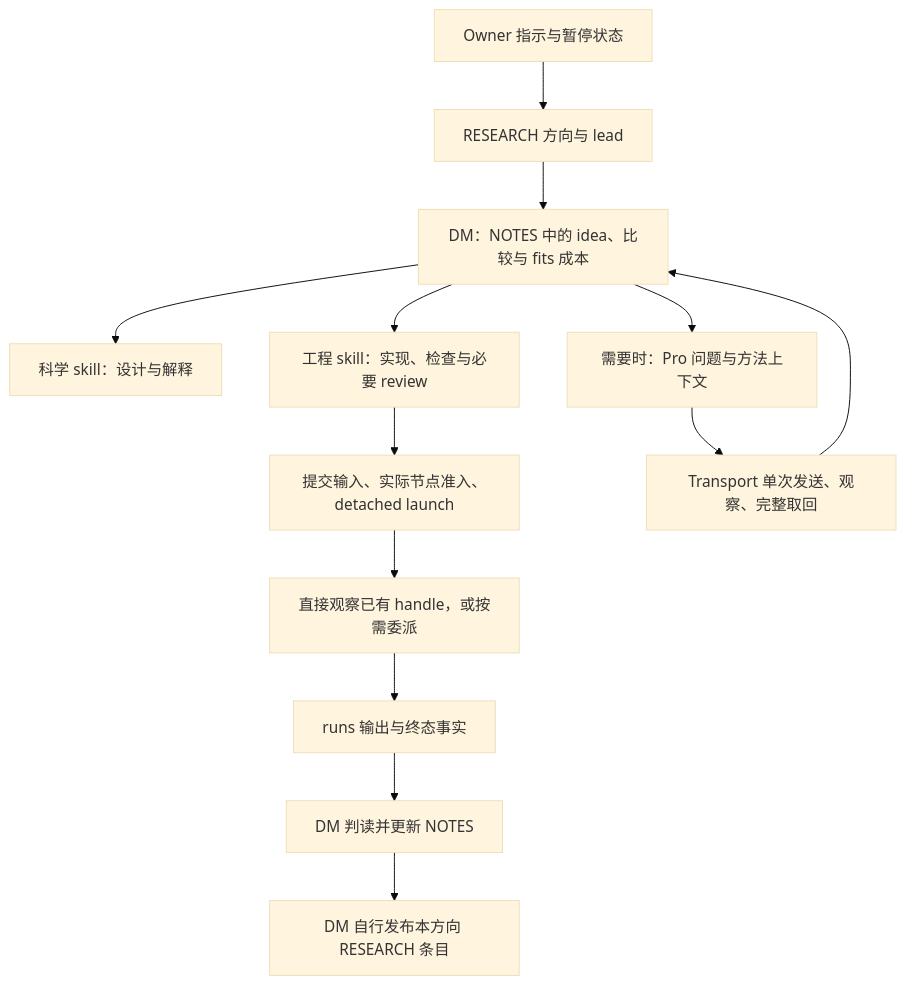
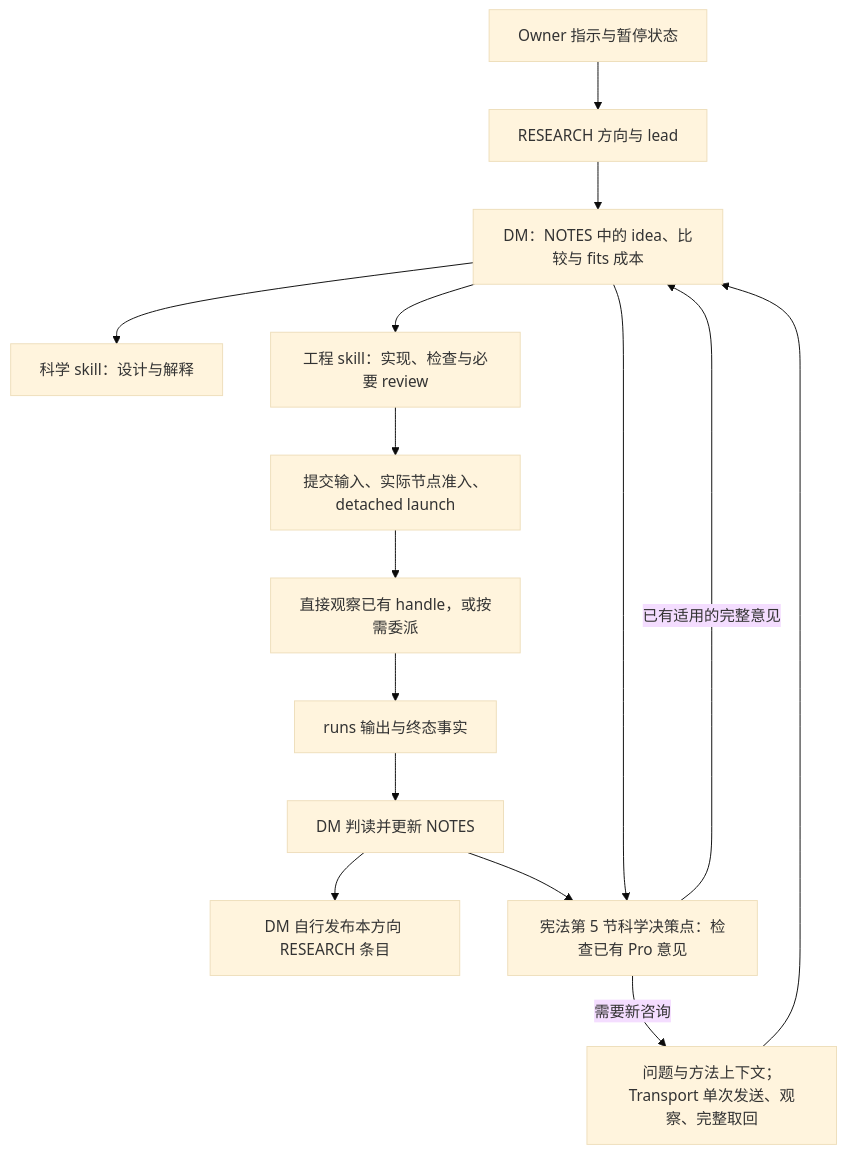
Before and after one commit to CartmanFatass/My-paper-code: the diagram in docs/project/CONTROL_PLANE_GUIDANCE.md, drawn with Mermaid (base theme). The commit also changed other lines of this file and 9 other files, not shown here.

````diff
--- a/docs/project/CONTROL_PLANE_GUIDANCE.md
+++ b/docs/project/CONTROL_PLANE_GUIDANCE.md
@@ -112,15 +117,17 @@
 ```mermaid
 flowchart TD
     A[Owner 指示与暂停状态] --> B[RESEARCH 方向与 lead]
     B --> C[DM：NOTES 中的 idea、比较与 fits 成本]
     C --> D[科学 skill：设计与解释]
     C --> E[工程 skill：实现、检查与必要 review]
     E --> F[提交输入、实际节点准入、detached launch]
     F --> G[直接观察已有 handle，或按需委派]
     G --> H[runs 输出与终态事实]
     H --> I[DM 判读并更新 NOTES]
     I --> J[DM 自行发布本方向 RESEARCH 条目]
-    C --> K[需要时：Pro 问题与方法上下文]
-    K --> L[Transport 单次发送、观察、完整取回]
+    C --> K[宪法第 5 节科学决策点：检查已有 Pro 意见]
+    I --> K
+    K -->|已有适用的完整意见| C
+    K -->|需要新咨询| L[问题与方法上下文；Transport 单次发送、观察、完整取回]
     L --> C
 ```
````
